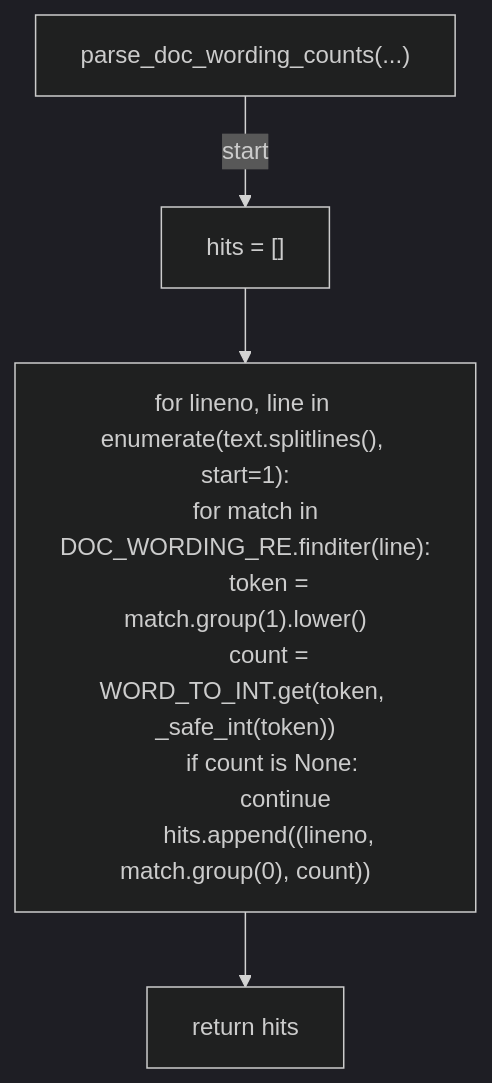
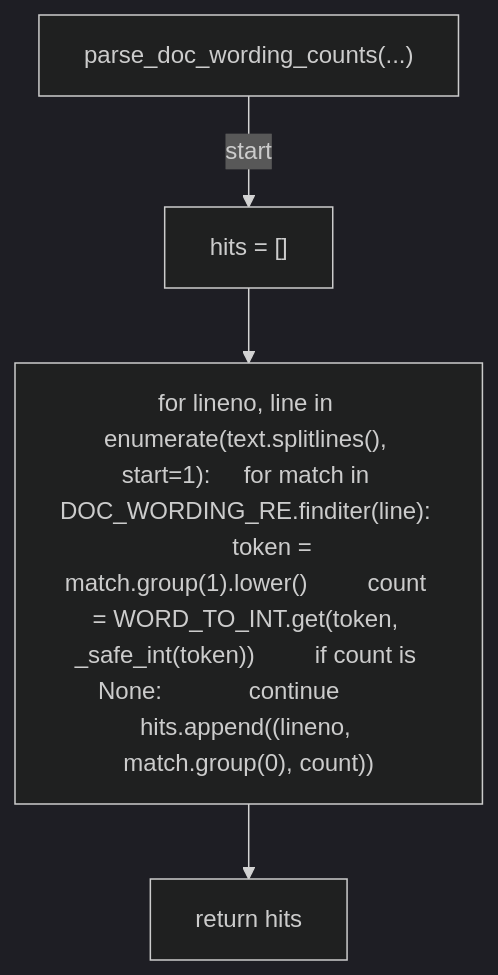
The eighth of 20 diagrams in docs/generated/scripts/ast/scan_design_philosophy_drift.md (tvna/claude-md), drawn with Mermaid (dark theme) before and after one commit. The commit also changed other lines of this file and 29 other files, not shown here.

First line of the commit message:
docs(generated): regenerate decision tree and workflow diagrams (batch 3/5)

````diff
--- a/docs/generated/scripts/ast/scan_design_philosophy_drift.md
+++ b/docs/generated/scripts/ast/scan_design_philosophy_drift.md
@@ -134,16 +112,10 @@
 ```mermaid
 flowchart TD
     N001["parse_doc_wording_counts(...)"]
     N002["hits = []"]
-    N003["for lineno, line in enumerate(text.splitlines(), start=1):
-    for match in DOC_WORDING_RE.finditer(line):
-        token = match.group(1).lower()
-        count = WORD_TO_INT.get(token, _safe_int(token))
-        if count is None:
-            continue
-        hits.append((lineno, match.group(0), count))"]
+    N003["for lineno, line in enumerate(text.splitlines(), start=1):     for match in DOC_WORDING_RE.finditer(line):         token = match.group(1).lower()         count = WORD_TO_INT.get(token, _safe_int(token))         if count is None:             continue         hits.append((lineno, match.group(0), count))"]
     N004["return hits"]
     N001 -->|"start"| N002
     N002 --> N003
     N003 --> N004
 ```
````
